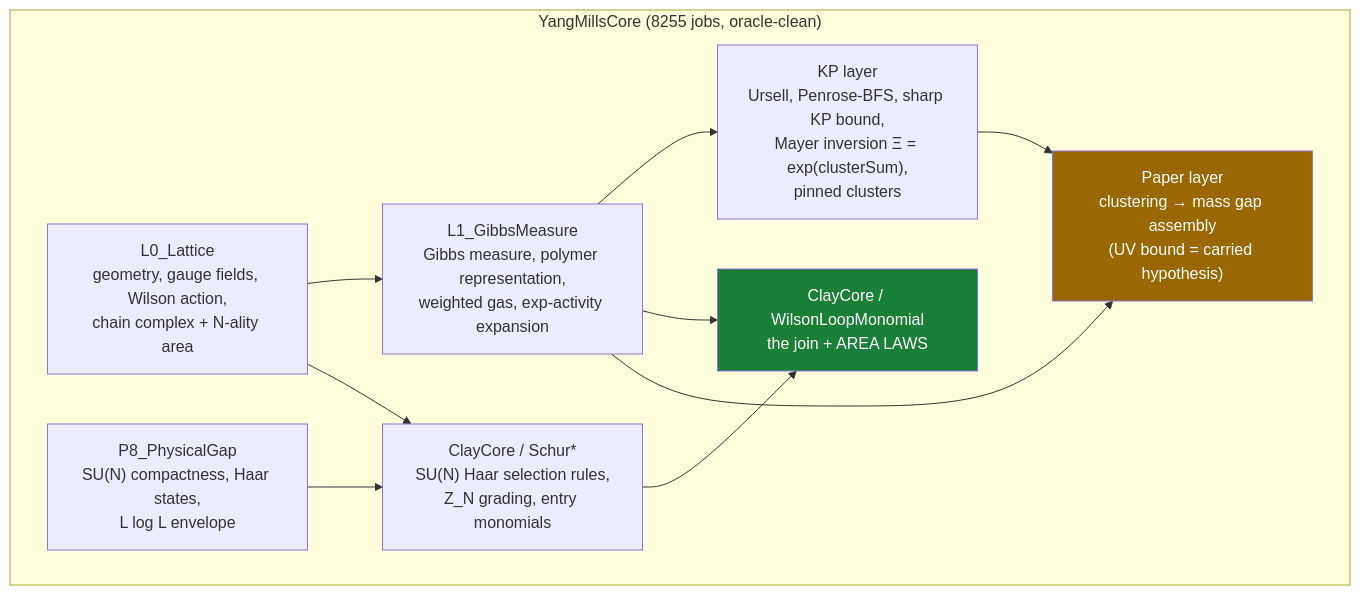
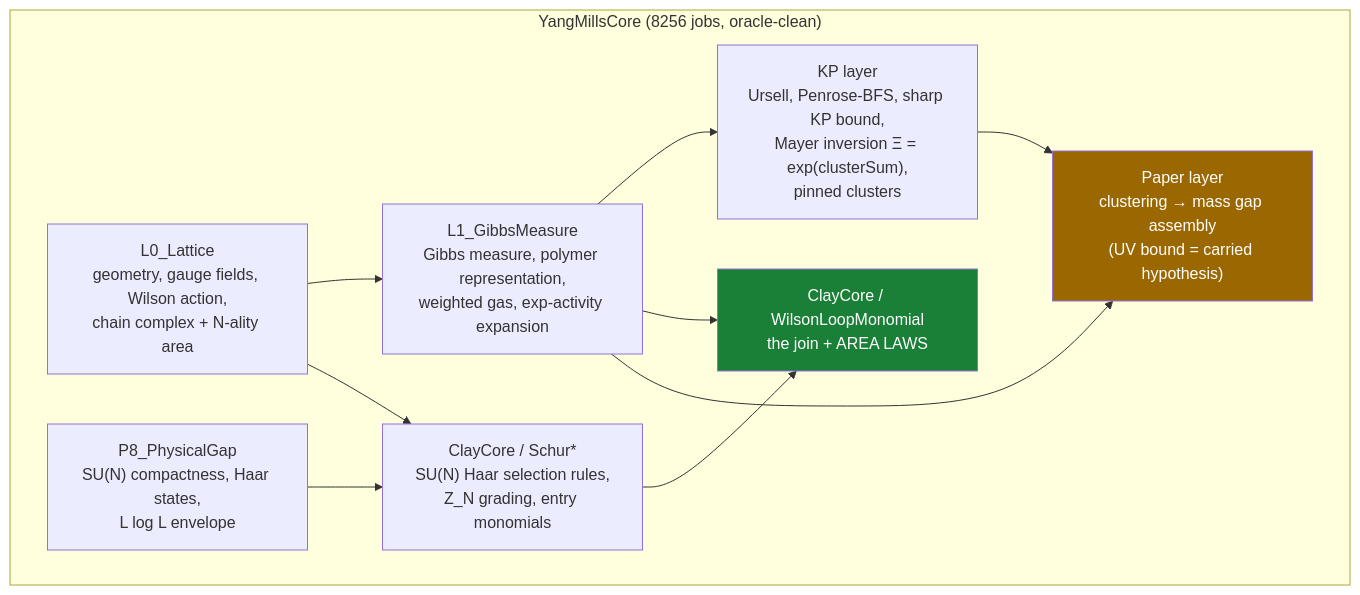
Before and after one commit to lluiseriksson/THE-ERIKSSON-PROGRAMME: the diagram in README.md, drawn with Mermaid. The commit also changed other lines of this file and 5 other files, not shown here.

````diff
--- a/README.md
+++ b/README.md
@@ -204,20 +204,20 @@
 ```mermaid
 graph TD
-    subgraph core["YangMillsCore  (8255 jobs, oracle-clean)"]
+    subgraph core["YangMillsCore  (8256 jobs, oracle-clean)"]
         L0["L0_Lattice<br/>geometry, gauge fields, Wilson action,<br/>chain complex + N-ality area"]
         L1["L1_GibbsMeasure<br/>Gibbs measure, polymer representation,<br/>weighted gas, exp-activity expansion"]
         KP["KP layer<br/>Ursell, Penrose-BFS, sharp KP bound,<br/>Mayer inversion Ξ = exp(clusterSum),<br/>pinned clusters"]
         SCHUR["ClayCore / Schur*<br/>SU(N) Haar selection rules,<br/>Z_N grading, entry monomials"]
         WLM["ClayCore / WilsonLoopMonomial<br/>the join + AREA LAWS"]
         PAPER["Paper layer<br/>clustering → mass gap assembly<br/>(UV bound = carried hypothesis)"]
         P8["P8_PhysicalGap<br/>SU(N) compactness, Haar states,<br/>L log L envelope"]
     end
     L0 --> L1 --> KP
     L0 --> SCHUR --> WLM
     L1 --> WLM
     L1 --> PAPER
     KP --> PAPER
     P8 --> SCHUR
     style WLM fill:#1a7f37,color:#fff
     style PAPER fill:#9a6700,color:#fff
 ```
````
